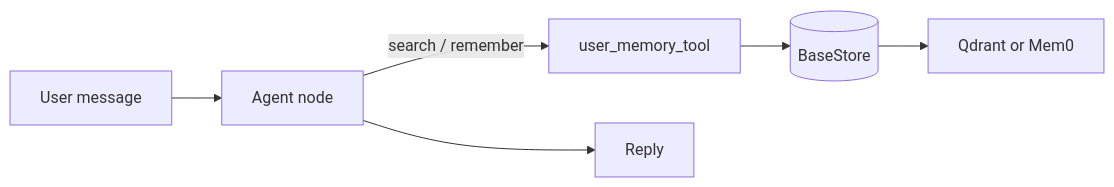
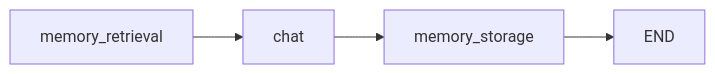
One commit to 10xHub/agentflow-docs changed the diagram in src/content/docs/examples/memory.md. Above: the diagram before and after it, drawn with Mermaid. The commit also changed other lines of this file and 130 other files, not shown here.

````diff
--- a/src/content/docs/examples/memory.md
+++ b/src/content/docs/examples/memory.md
@@ -36,8 +50,6 @@
 ```mermaid
 flowchart LR
-    A[User message] --> B[Agent node]
-    B -->|search / remember| C[user_memory_tool]
-    C --> D[(BaseStore)]
-    D --> E[Qdrant or Mem0]
-    B --> F[Reply]
+    A[memory_retrieval] --> B[chat]
+    B --> C[memory_storage]
+    C --> D[END]
 ```
````
